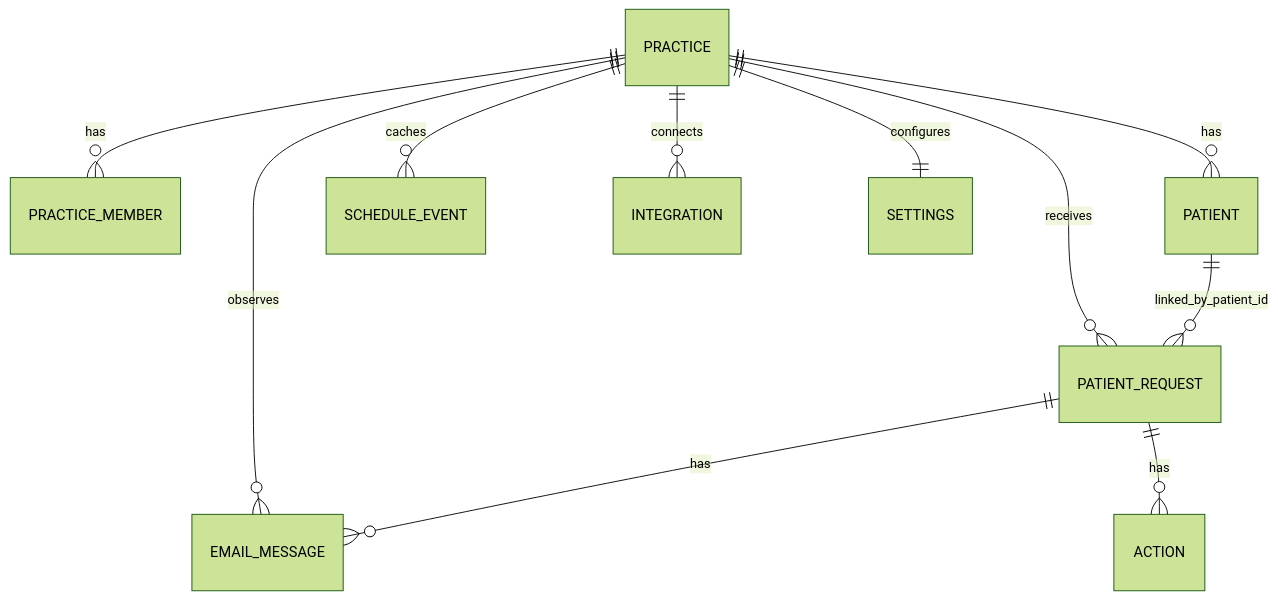
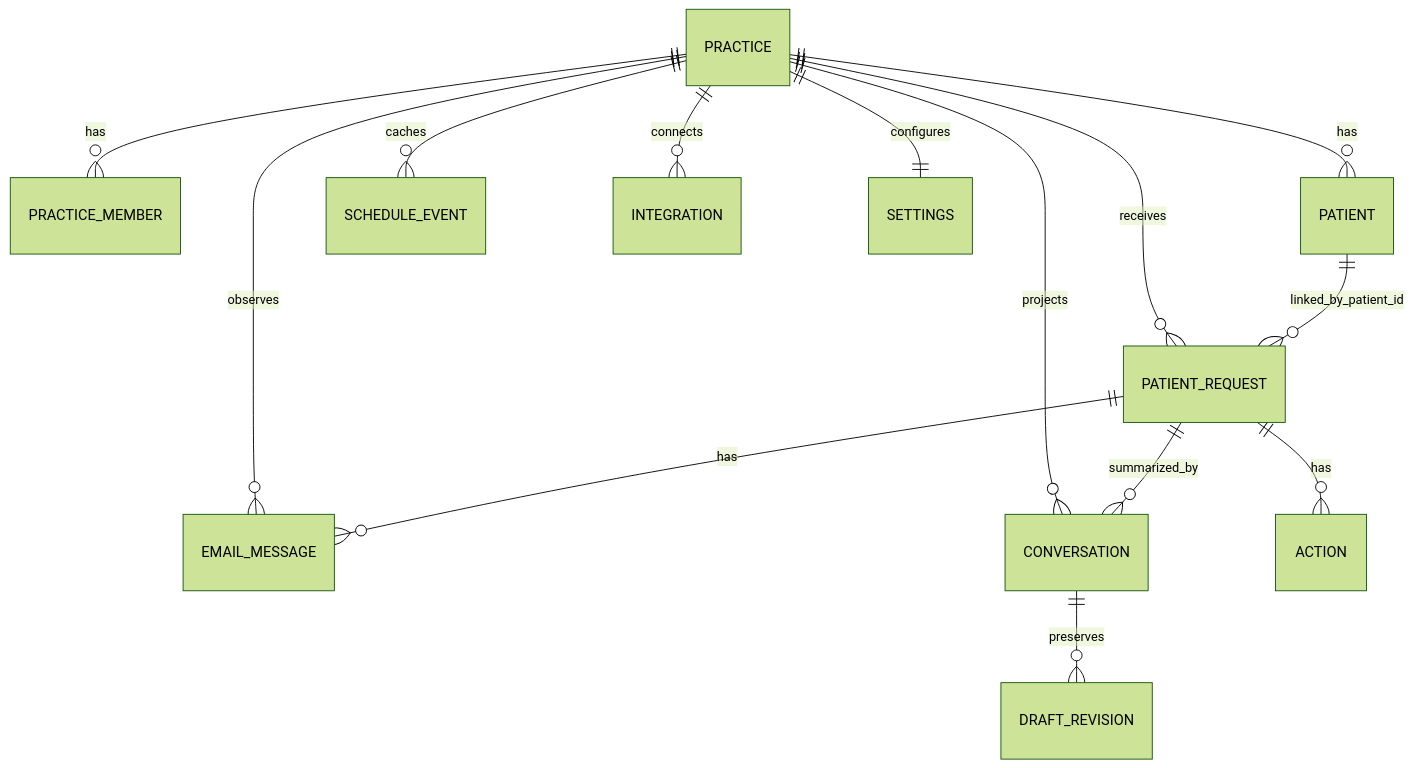
Before and after one commit to suhanisho/infiapp: the second of 5 diagrams in docs/high-level-design.md, drawn with Mermaid (forest theme). The commit also changed other lines of this file and 41 other files, not shown here.

````diff
--- a/docs/high-level-design.md
+++ b/docs/high-level-design.md
@@ -111,13 +111,16 @@
 ```mermaid
 erDiagram
     PRACTICE ||--o{ PRACTICE_MEMBER : has
     PRACTICE ||--o{ PATIENT : has
     PRACTICE ||--o{ PATIENT_REQUEST : receives
     PRACTICE ||--o{ EMAIL_MESSAGE : observes
+    PRACTICE ||--o{ CONVERSATION : projects
     PATIENT ||--o{ PATIENT_REQUEST : linked_by_patient_id
     PATIENT_REQUEST ||--o{ EMAIL_MESSAGE : has
+    PATIENT_REQUEST ||--o{ CONVERSATION : summarized_by
+    CONVERSATION ||--o{ DRAFT_REVISION : preserves
     PATIENT_REQUEST ||--o{ ACTION : has
     PRACTICE ||--o{ SCHEDULE_EVENT : caches
     PRACTICE ||--o{ INTEGRATION : connects
     PRACTICE ||--|| SETTINGS : configures
 ```
````
